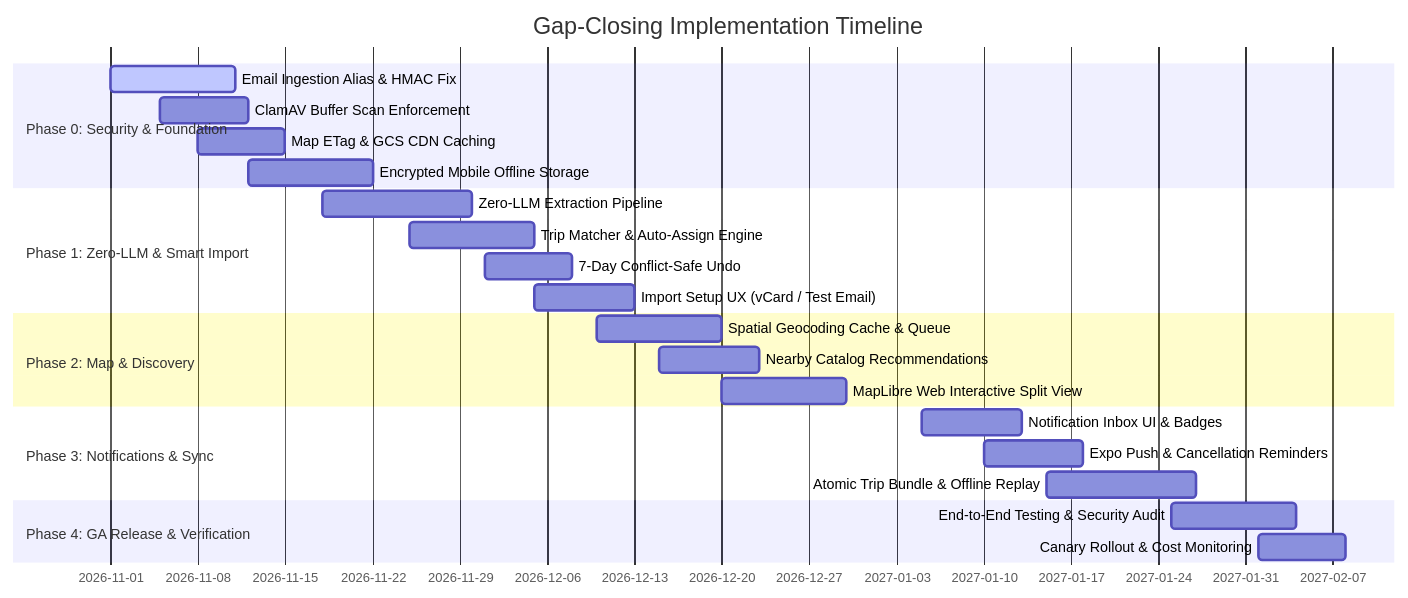
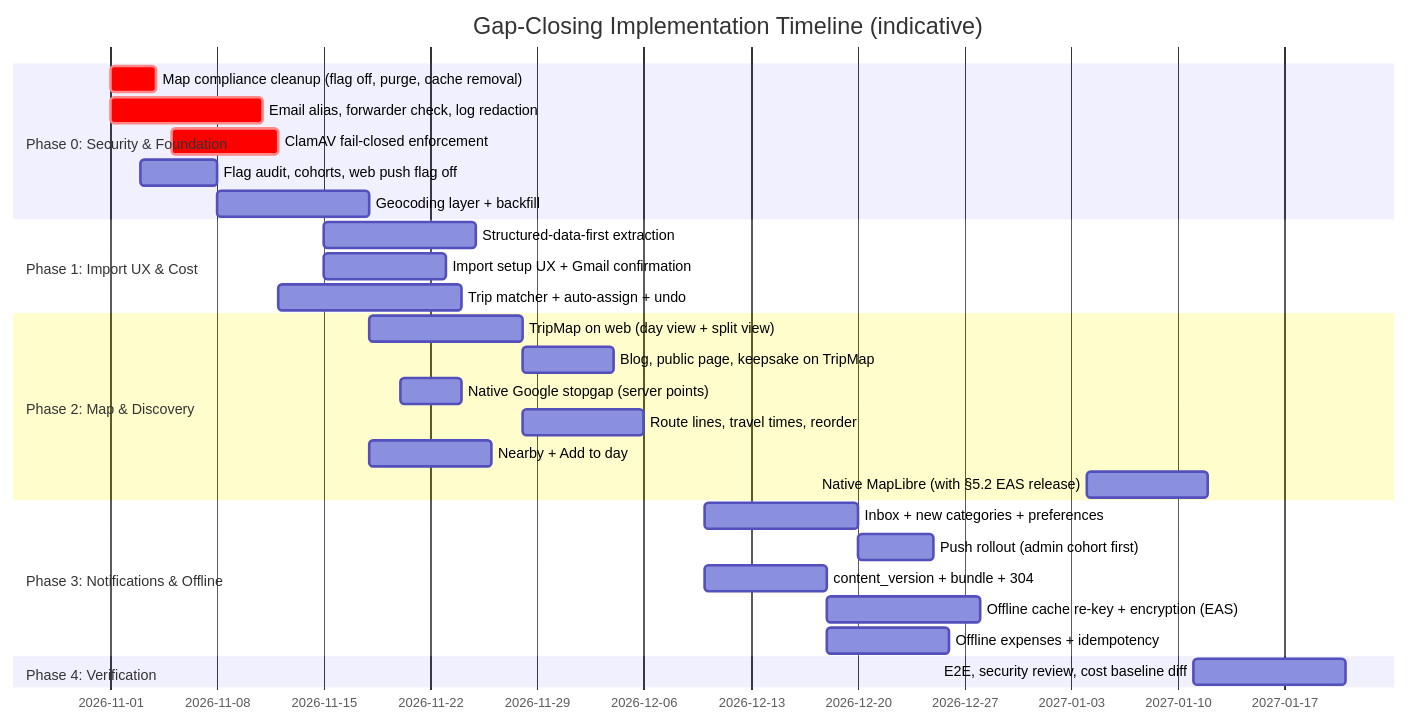
One commit to Duerk-Industries/Travel-Itinerary-App changed the third of 3 diagrams in docs/implementation_plans/implementation-plan-gap-closing.md. Above: the diagram before and after it, drawn with Mermaid. The commit also changed other lines of this file, not shown here.

````diff
--- a/docs/implementation_plans/implementation-plan-gap-closing.md
+++ b/docs/implementation_plans/implementation-plan-gap-closing.md
@@ -434,30 +476,30 @@
 ```mermaid
 gantt
-  title Gap-Closing Implementation Timeline
+  title Gap-Closing Implementation Timeline (indicative)
   dateFormat  YYYY-MM-DD
   section Phase 0: Security & Foundation
-  Email Ingestion Alias & HMAC Fix     :active, p0_1, 2026-11-01, 10d
-  ClamAV Buffer Scan Enforcement       :p0_2, 2026-11-05, 7d
-  Map ETag & GCS CDN Caching          :p0_3, 2026-11-08, 7d
-  Encrypted Mobile Offline Storage     :p0_4, 2026-11-12, 10d
-
-  section Phase 1: Zero-LLM & Smart Import
-  Zero-LLM Extraction Pipeline         :p1_1, 2026-11-18, 12d
-  Trip Matcher & Auto-Assign Engine    :p1_2, 2026-11-25, 10d
-  7-Day Conflict-Safe Undo            :p1_3, 2026-12-01, 7d
-  Import Setup UX (vCard / Test Email) :p1_4, 2026-12-05, 8d
-
+  Map compliance cleanup (flag off, purge, cache removal) :crit, p0_0, 2026-11-01, 3d
+  Email alias, forwarder check, log redaction :crit, p0_1, 2026-11-01, 10d
+  ClamAV fail-closed enforcement           :crit, p0_2, 2026-11-05, 7d
+  Flag audit, cohorts, web push flag off   :p0_3, 2026-11-03, 5d
+  Geocoding layer + backfill               :p0_4, 2026-11-08, 10d
+  section Phase 1: Import UX & Cost
+  Structured-data-first extraction         :p1_1, 2026-11-15, 10d
+  Import setup UX + Gmail confirmation     :p1_2, 2026-11-15, 8d
+  Trip matcher + auto-assign + undo        :p1_3, after p0_1 p0_2, 12d
   section Phase 2: Map & Discovery
-  Spatial Geocoding Cache & Queue     :p2_1, 2026-12-10, 10d
-  Nearby Catalog Recommendations       :p2_2, 2026-12-15, 8d
-  MapLibre Web Interactive Split View  :p2_3, 2026-12-20, 10d
-
-  section Phase 3: Notifications & Sync
-  Notification Inbox UI & Badges       :p3_1, 2027-01-05, 8d
-  Expo Push & Cancellation Reminders   :p3_2, 2027-01-10, 8d
-  Atomic Trip Bundle & Offline Replay :p3_3, 2027-01-15, 12d
-
-  section Phase 4: GA Release & Verification
-  End-to-End Testing & Security Audit  :p4_1, 2027-01-25, 10d
-  Canary Rollout & Cost Monitoring     :p4_2, 2027-02-01, 7d
+  TripMap on web (day view + split view)   :p2_1, after p0_4, 10d
+  Blog, public page, keepsake on TripMap   :p2_2, after p2_1, 6d
+  Native Google stopgap (server points)    :p2_3, 2026-11-20, 4d
+  Route lines, travel times, reorder       :p2_4, after p2_1, 8d
+  Nearby + Add to day                      :p2_5, after p0_4, 8d
+  Native MapLibre (with §5.2 EAS release)  :p2_6, 2027-01-04, 8d
+  section Phase 3: Notifications & Offline
+  Inbox + new categories + preferences     :p3_1, 2026-12-10, 10d
+  Push rollout (admin cohort first)        :p3_2, after p3_1, 5d
+  content_version + bundle + 304           :p3_3, 2026-12-10, 8d
+  Offline cache re-key + encryption (EAS)  :p3_4, after p3_3, 10d
+  Offline expenses + idempotency           :p3_5, after p3_3, 8d
+  section Phase 4: Verification
+  E2E, security review, cost baseline diff :p4_1, 2027-01-11, 10d
 ```
````
